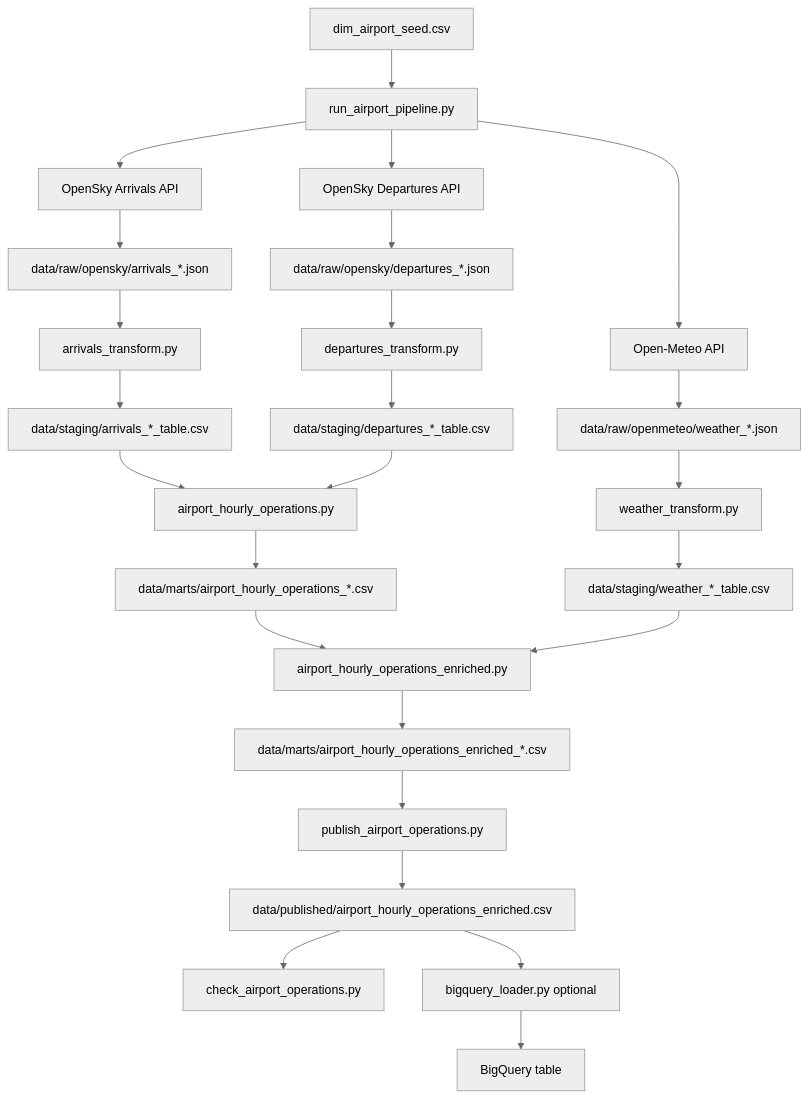
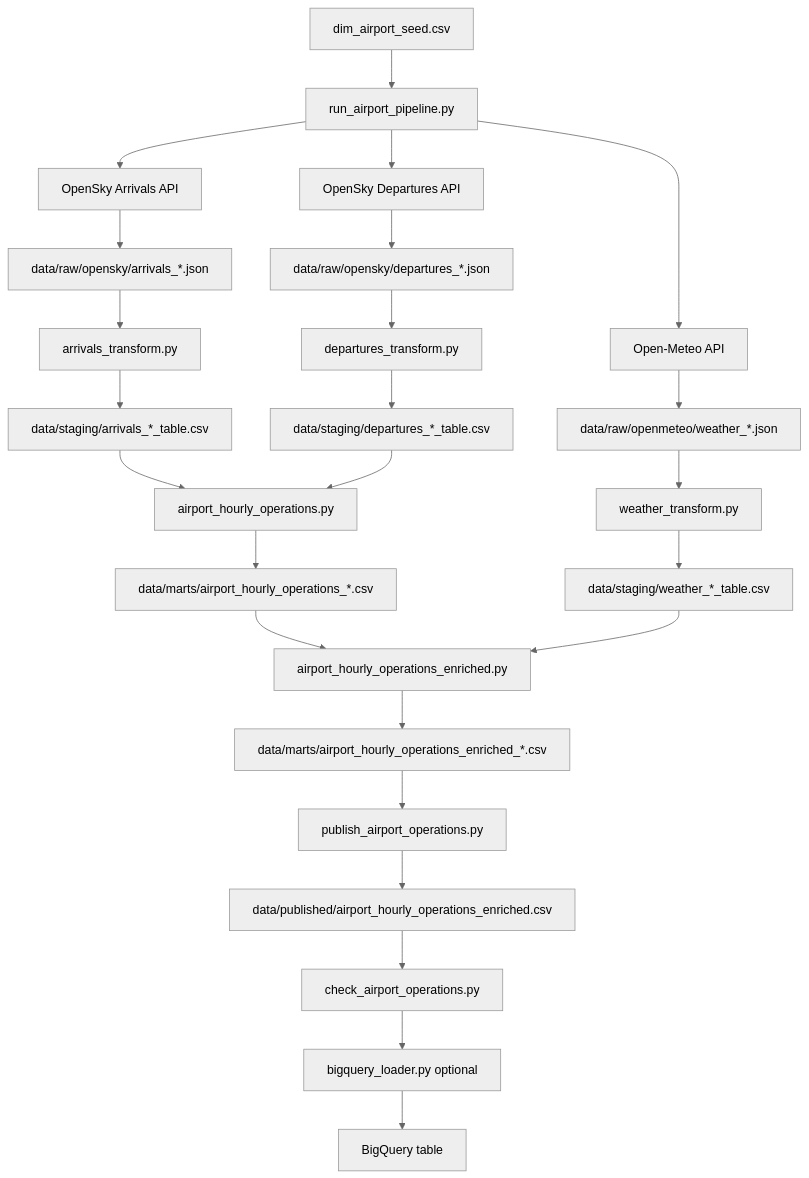
Before and after one commit to davidhidsan-dev/flightops-data-platform: the first of 2 diagrams in docs/architecture.md, drawn with Mermaid (neutral theme). The commit also changed other lines of this file, not shown here.

Commit message:
Align architecture diagram with quality check before BigQuery load

````diff
--- a/docs/architecture.md
+++ b/docs/architecture.md
@@ -23,38 +23,37 @@
 ```mermaid
 flowchart TD
     A[dim_airport_seed.csv] --> B[run_airport_pipeline.py]
 
     B --> C[OpenSky Arrivals API]
     B --> D[OpenSky Departures API]
     B --> E[Open-Meteo API]
 
     C --> F[data/raw/opensky/arrivals_*.json]
     D --> G[data/raw/opensky/departures_*.json]
     E --> H[data/raw/openmeteo/weather_*.json]
 
     F --> I[arrivals_transform.py]
     G --> J[departures_transform.py]
     H --> K[weather_transform.py]
 
     I --> L[data/staging/arrivals_*_table.csv]
     J --> M[data/staging/departures_*_table.csv]
     K --> N[data/staging/weather_*_table.csv]
 
     L --> O[airport_hourly_operations.py]
     M --> O
 
     O --> P[data/marts/airport_hourly_operations_*.csv]
 
     P --> Q[airport_hourly_operations_enriched.py]
     N --> Q
 
     Q --> R[data/marts/airport_hourly_operations_enriched_*.csv]
 
     R --> S[publish_airport_operations.py]
     S --> T[data/published/airport_hourly_operations_enriched.csv]
 
     T --> U[check_airport_operations.py]
-    T --> V[bigquery_loader.py optional]
-
+    U --> V[bigquery_loader.py optional]
     V --> W[BigQuery table]
 ```
````
